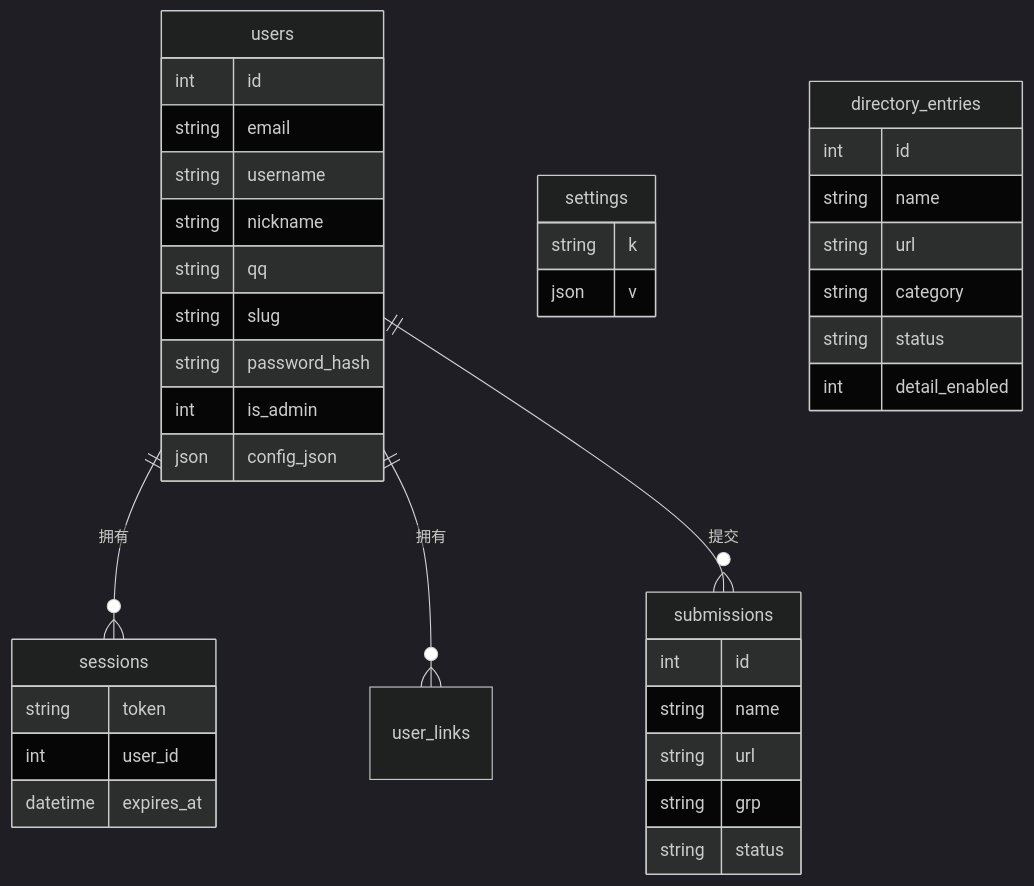
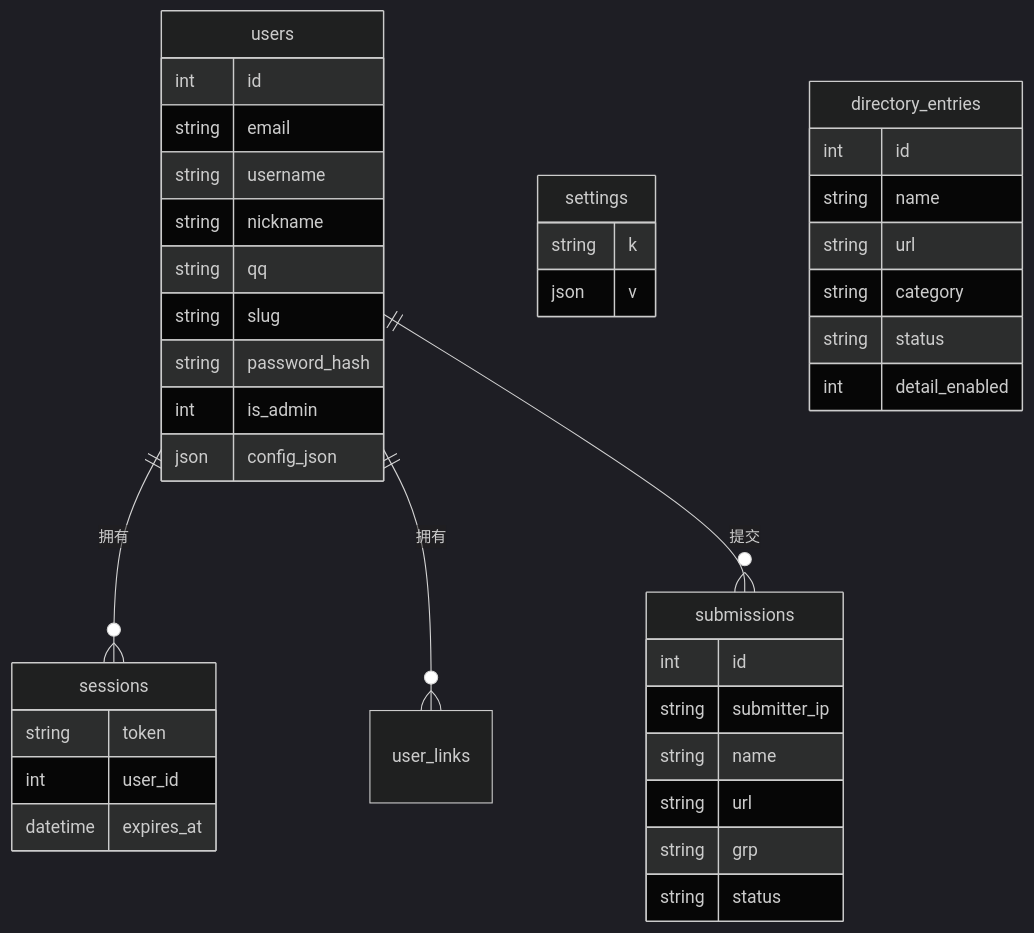
Before and after one commit to 2819074731/2077: the second of 4 diagrams in docs/ARCHITECTURE.md, drawn with Mermaid (dark theme). The commit also changed 6 other files, not shown here.

````diff
--- a/docs/ARCHITECTURE.md
+++ b/docs/ARCHITECTURE.md
@@ -53,41 +53,42 @@
 ```mermaid
 erDiagram
     users ||--o{ sessions : "拥有"
     users ||--o{ user_links : "拥有"
     users ||--o{ submissions : "提交"
     settings {
         string k
         json v
     }
     users {
         int id
         string email
         string username
         string nickname
         string qq
         string slug
         string password_hash
         int is_admin
         json config_json
     }
     sessions {
         string token
         int user_id
         datetime expires_at
     }
     submissions {
         int id
+        string submitter_ip
         string name
         string url
         string grp
         string status
     }
     directory_entries {
         int id
         string name
         string url
         string category
         string status
         int detail_enabled
     }
 ```
````
